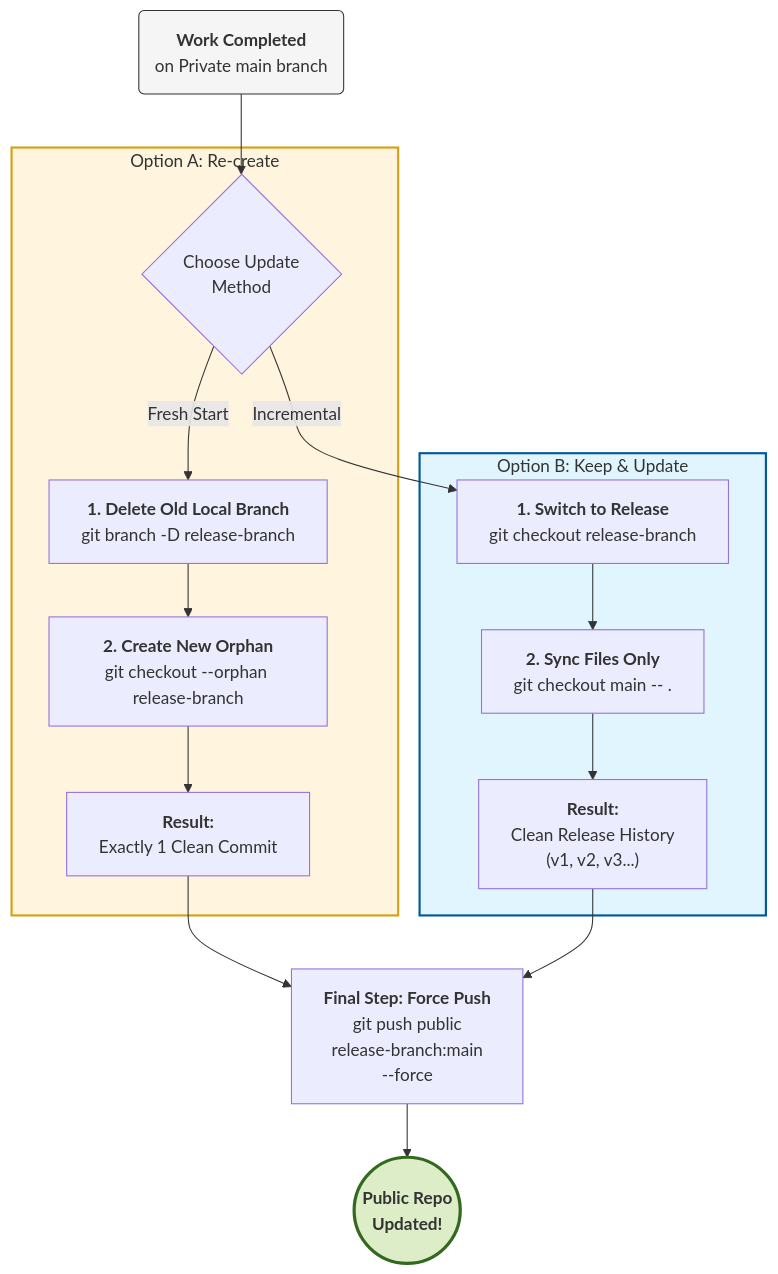
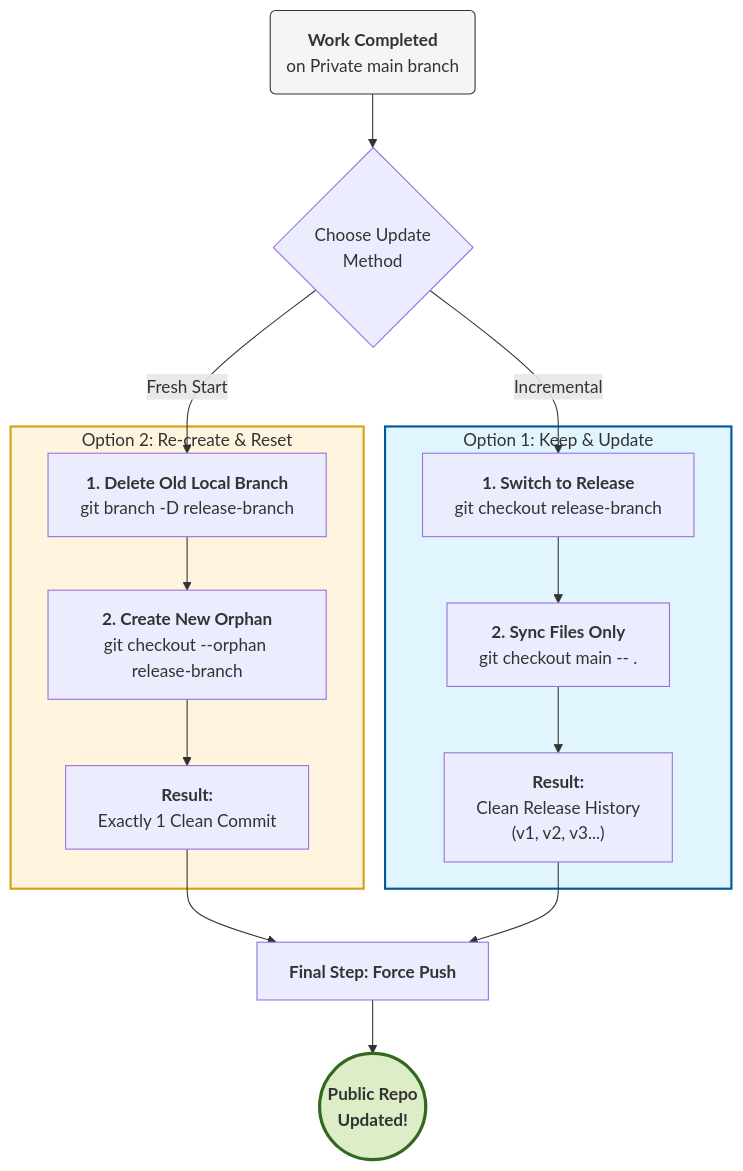
The diagram in README.md (ywsong2/my-public-repo), drawn with Mermaid before and after one commit.

Commit message:
Release 6

````diff
--- a/README.md
+++ b/README.md
@@ -77,27 +77,30 @@
 ```mermaid
 graph TD
     %% Node Definitions with manual line breaks
     Start("<b>Work Completed</b><br/>on Private main branch") --> Choice{Choose Update<br/>Method}
 
-    subgraph Option_A [Option A: Re-create]
-        Choice -->|Fresh Start| A1["<b>1. Delete Old Local Branch</b><br/>git branch -D release-branch"]
+    subgraph Option_2 [Option 2: Re-create & Reset]
+        A1["<b>1. Delete Old Local Branch</b><br/>git branch -D release-branch"]
         A1 --> A2["<b>2. Create New Orphan</b><br/>git checkout --orphan release-branch"]
         A2 --> A3["<b>Result:</b><br/>Exactly 1 Clean Commit"]
     end
 
-    subgraph Option_B [Option B: Keep & Update]
-        Choice -->|Incremental| B1["<b>1. Switch to Release</b><br/>git checkout release-branch"]
+    subgraph Option_1 [Option 1: Keep & Update]
+        B1["<b>1. Switch to Release</b><br/>git checkout release-branch"]
         B1 --> B2["<b>2. Sync Files Only</b><br/>git checkout main -- ."]
         B2 --> B3["<b>Result:</b><br/>Clean Release History<br/>(v1, v2, v3...)"]
     end
 
-    A3 --> Push["<b>Final Step: Force Push</b><br/>git push public <br/>release-branch:main <br/>--force"]
+    Choice -->|Fresh Start| A1
+    Choice -->|Incremental| B1
+
+    A3 --> Push["<b>Final Step: Force Push</b><br/>"]
     B3 --> Push
     Push --> Final((<b>Public Repo<br/>Updated!</b>))
 
     %% Styling for better visibility
-    style Option_A fill:#fff4dd,stroke:#d4a017,stroke-width:2px
-    style Option_B fill:#e1f5fe,stroke:#01579b,stroke-width:2px
+    style Option_2 fill:#fff4dd,stroke:#d4a017,stroke-width:2px
+    style Option_1 fill:#e1f5fe,stroke:#01579b,stroke-width:2px
     style Final fill:#dcedc8,stroke:#33691e,stroke-width:3px
     style Start fill:#f5f5f5,stroke:#333
 ```
````
